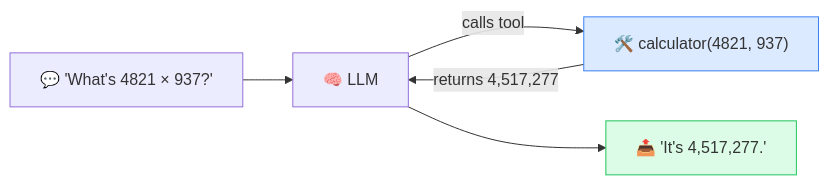
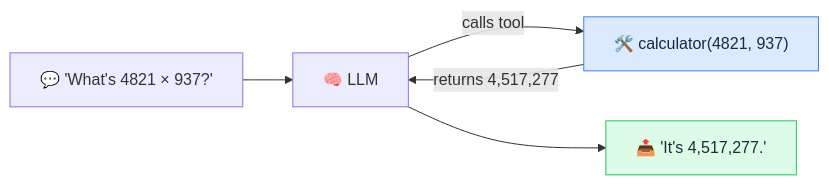
Before and after one commit to behnia137/ai-for-beginners-visual: the diagram in concepts/tool-calling.md, drawn with Mermaid. The commit also changed 32 other files, not shown here.

First line of the commit message:
Fix mermaid box text contrast for dark/light mode

````diff
--- a/concepts/tool-calling.md
+++ b/concepts/tool-calling.md
@@ -7,9 +7,9 @@
 ```mermaid
 flowchart LR
     U["💬 'What's 4821 × 937?'"] --> M[🧠 LLM]
     M -->|"calls tool"| T["🛠️ calculator(4821, 937)"]
     T -->|"returns 4,517,277"| M
     M --> R["📤 'It's 4,517,277.'"]
-    style T fill:#dbeafe,stroke:#3b82f6
-    style R fill:#dcfce7,stroke:#22c55e
+    style T fill:#dbeafe,stroke:#3b82f6,color:#1f2937
+    style R fill:#dcfce7,stroke:#22c55e,color:#1f2937
 ```
````
